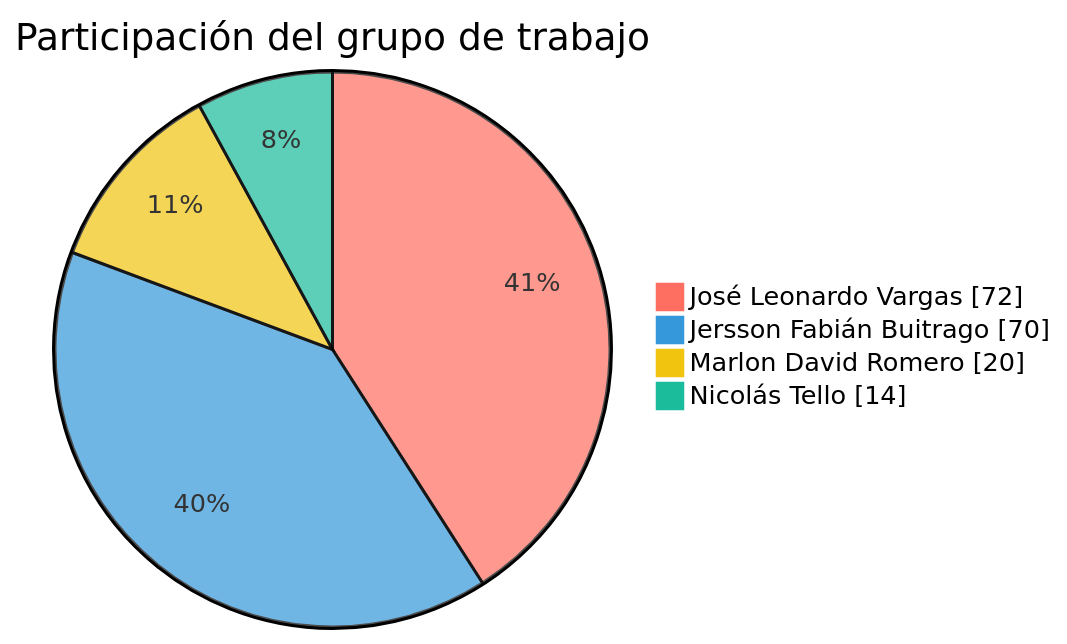
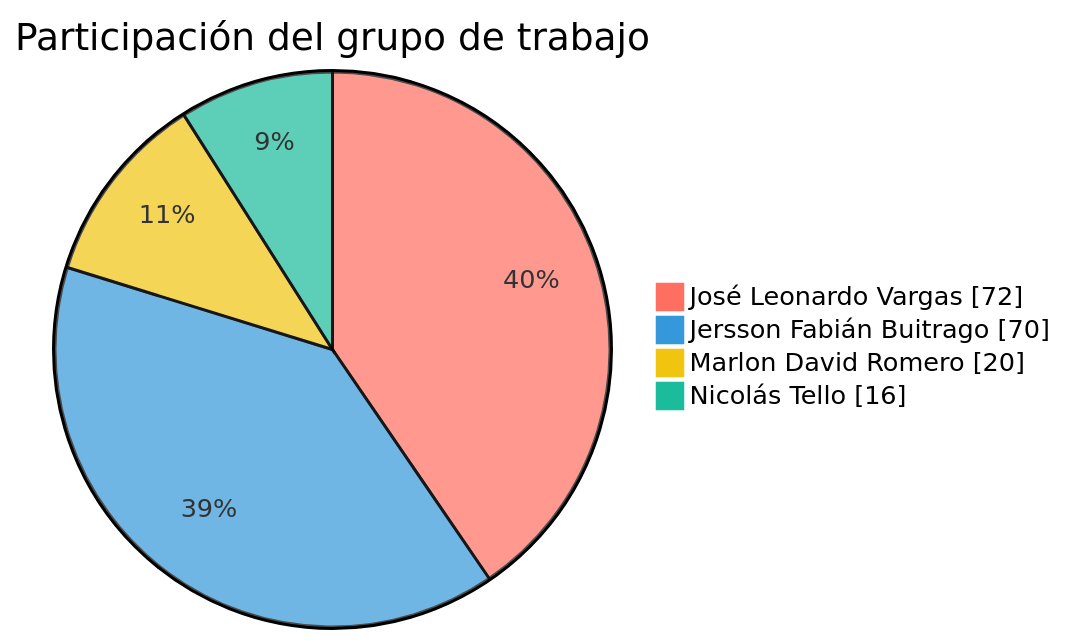
One commit to FarmaExpres/FarmaExpres changed the first of 2 diagrams in README.md. Above: the diagram before and after it, drawn with Mermaid. The commit also changed other lines of this file and 1 other file, not shown here.

````diff
--- a/README.md
+++ b/README.md
@@ -314,9 +314,9 @@
 ```mermaid
 %%{init: {"themeVariables": {"pie1": "#ff6f61", "pie2": "#3498db", "pie3": "#f1c40f", "pie4": "#1abc9c", "pieLabelColor": "#000000", "pieLabelFontSize": "24px", "pieLabelFontWeight": "700"}}}%%
 pie showData
     title Participación del grupo de trabajo
     "José Leonardo Vargas" : 72
     "Jersson Fabián Buitrago" : 70
     "Marlon David Romero" : 20
-    "Nicolás Tello" : 14
+    "Nicolás Tello" : 16
 ```
````
